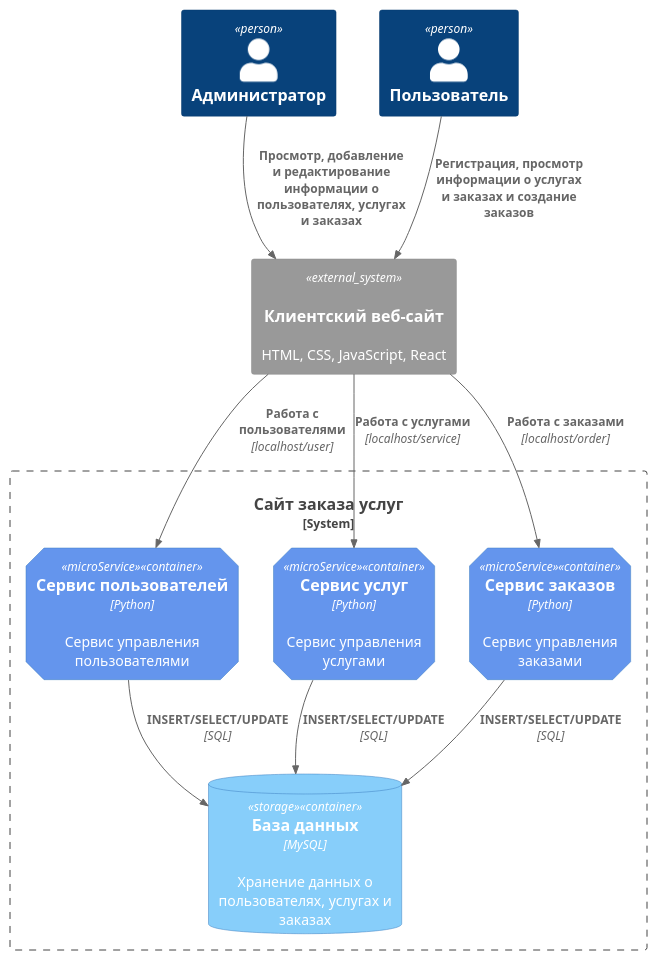
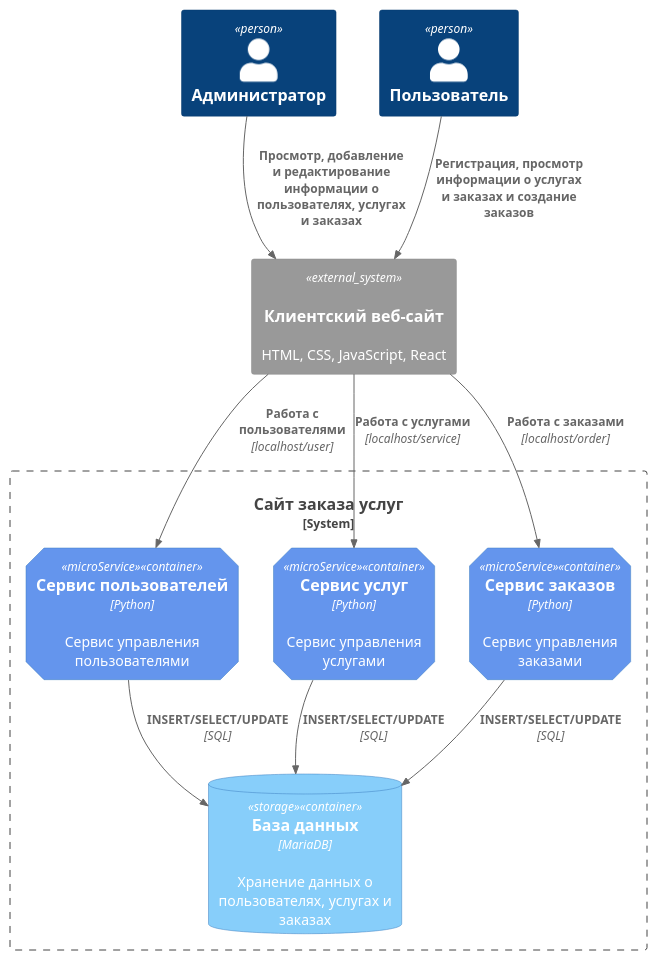
The diagram in umls/companent_diagram.iuml (KoryakovDmitry/hl_mai_lab_01_python), drawn with PlantUML before and after one commit. The commit also changed 1 other file, not shown here.

Commit message:
added diagram and README.md

```diff
--- a/umls/companent_diagram.iuml
+++ b/umls/companent_diagram.iuml
@@ -1,32 +1,32 @@
 @startuml
 !include https://raw.githubusercontent.com/plantuml-stdlib/C4-PlantUML/master/C4_Container.puml
 
 AddElementTag("microService", $shape=EightSidedShape(), $bgColor="CornflowerBlue", $fontColor="white", $legendText="microservice")
 AddElementTag("storage", $shape=RoundedBoxShape(), $bgColor="lightSkyBlue", $fontColor="white")
 
 Person(admin, "Администратор")
 Person(user, "Пользователь")
 
 System_Ext(web_site, "Клиентский веб-сайт", "HTML, CSS, JavaScript, React", "Веб-интерфейс")
 
 System_Boundary(service_order_site, "Сайт заказа услуг") {
    Container(user_service, "Сервис пользователей", "Python", "Сервис управления пользователями", $tags = "microService")
    Container(service_service, "Сервис услуг", "Python", "Сервис управления услугами", $tags = "microService")
    Container(order_service, "Сервис заказов", "Python", "Сервис управления заказами", $tags = "microService")
-   ContainerDb(db, "База данных", "MySQL", "Хранение данных о пользователях, услугах и заказах", $tags = "storage")
+   ContainerDb(db, "База данных", "MariaDB", "Хранение данных о пользователях, услугах и заказах", $tags = "storage")
 
 }
 
 Rel(admin, web_site, "Просмотр, добавление и редактирование информации о пользователях, услугах и заказах")
 Rel(user, web_site, "Регистрация, просмотр информации о услугах и заказах и создание заказов")
 
 Rel(web_site, user_service, "Работа с пользователями", "localhost/user")
 Rel(user_service, db, "INSERT/SELECT/UPDATE", "SQL")
 
 Rel(web_site, service_service, "Работа с услугами", "localhost/service")
 Rel(service_service, db, "INSERT/SELECT/UPDATE", "SQL")
 
 Rel(web_site, order_service, "Работа с заказами", "localhost/order")
 Rel(order_service, db, "INSERT/SELECT/UPDATE", "SQL")
 
 @enduml
```
